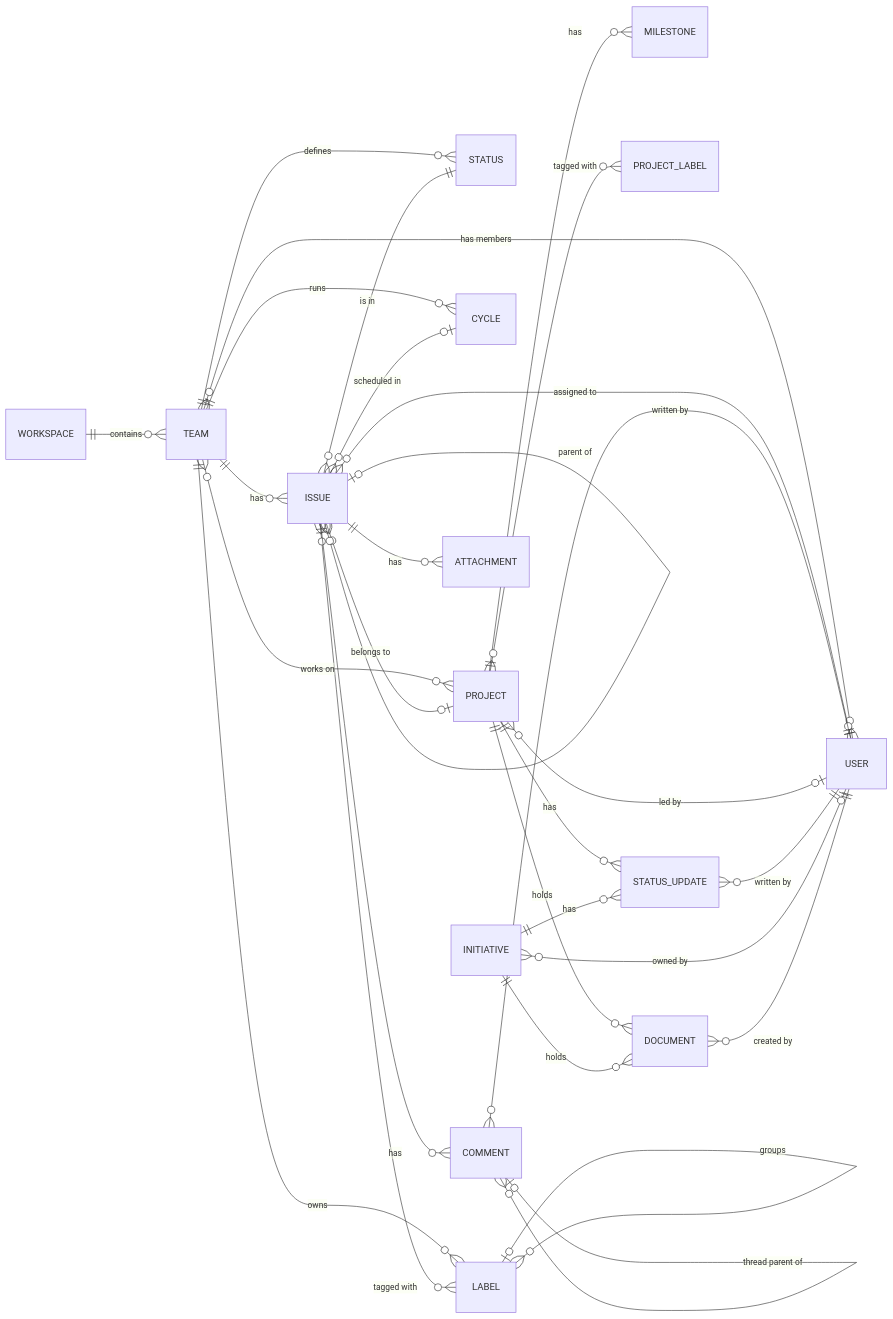
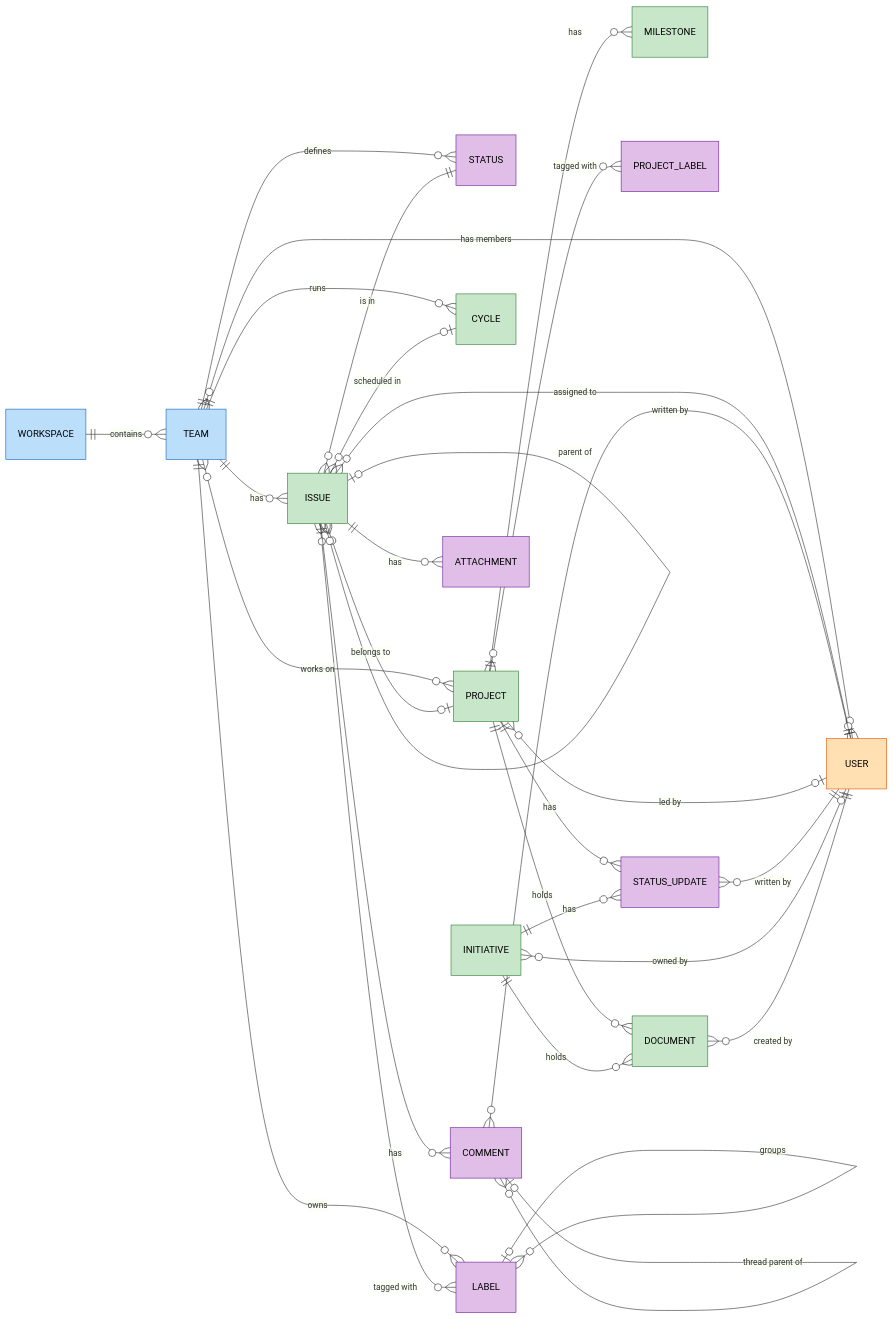
Before and after one commit to alephic-ai/foac: the diagram in doc/linear.md, drawn with Mermaid. The commit also changed 6 other files, not shown here.

````diff
--- a/doc/linear.md
+++ b/doc/linear.md
@@ -18,33 +18,41 @@
 ```mermaid
 erDiagram
     %% LR stacks siblings vertically: tall and narrow instead of very wide
     direction LR
     WORKSPACE ||--o{ TEAM : contains
     TEAM }o--o{ USER : "has members"
     TEAM ||--o{ ISSUE : has
     TEAM ||--o{ STATUS : defines
     TEAM ||--o{ LABEL : owns
     TEAM ||--o{ CYCLE : runs
     TEAM }o--o{ PROJECT : "works on"
     LABEL |o--o{ LABEL : groups
     ISSUE }o--|| STATUS : "is in"
     ISSUE }o--o| USER : "assigned to"
     ISSUE }o--o| PROJECT : "belongs to"
     ISSUE }o--o| CYCLE : "scheduled in"
     ISSUE }o--o{ LABEL : "tagged with"
     ISSUE |o--o{ ISSUE : "parent of"
     ISSUE ||--o{ COMMENT : has
     ISSUE ||--o{ ATTACHMENT : has
     COMMENT }o--|| USER : "written by"
     COMMENT |o--o{ COMMENT : "thread parent of"
     PROJECT ||--o{ MILESTONE : has
     PROJECT }o--o| USER : "led by"
     PROJECT }o--o{ PROJECT_LABEL : "tagged with"
     PROJECT ||--o{ STATUS_UPDATE : has
     INITIATIVE ||--o{ STATUS_UPDATE : has
     STATUS_UPDATE }o--|| USER : "written by"
     INITIATIVE }o--o| USER : "owned by"
     PROJECT ||--o{ DOCUMENT : holds
     INITIATIVE ||--o{ DOCUMENT : holds
     DOCUMENT }o--|| USER : "created by"
+    classDef scope fill:#bbdefb,stroke:#1565c0,color:#000
+    classDef work fill:#c8e6c9,stroke:#2e7d32,color:#000
+    classDef people fill:#ffe0b2,stroke:#e65100,color:#000
+    classDef annotation fill:#e1bee7,stroke:#6a1b9a,color:#000
+    class WORKSPACE,TEAM scope
+    class ISSUE,PROJECT,INITIATIVE,CYCLE,MILESTONE,DOCUMENT work
+    class USER people
+    class STATUS,LABEL,PROJECT_LABEL,COMMENT,ATTACHMENT,STATUS_UPDATE annotation
 ```
````
